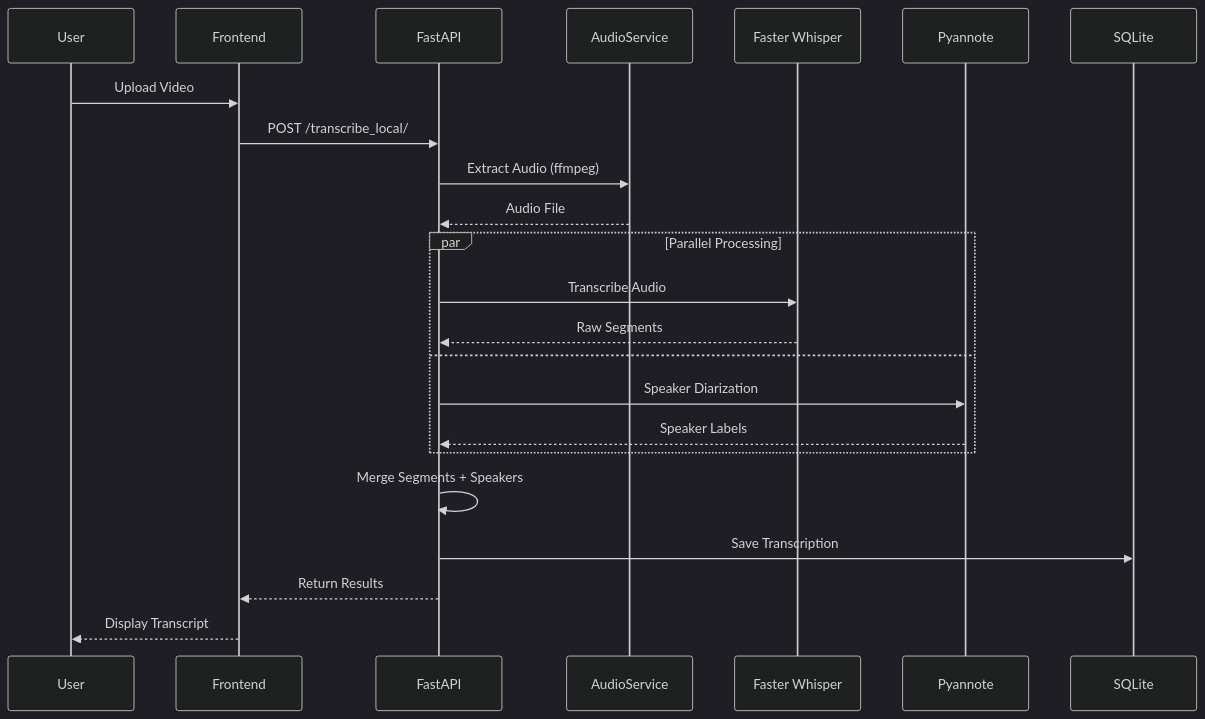
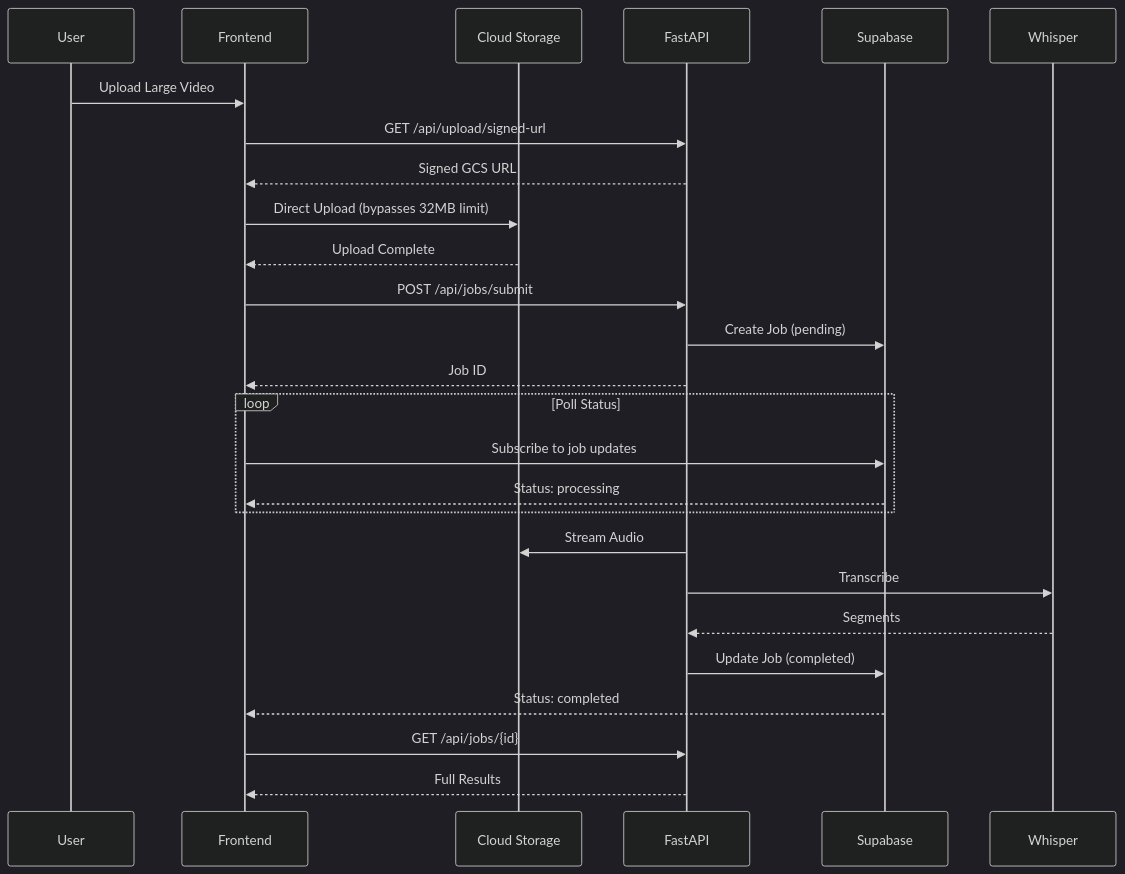
Before and after one commit to Ugur22/ai-subtitles: the second of 4 diagrams in README.md, drawn with Mermaid (dark theme). The commit also changed other lines of this file and 5 other files, not shown here.

````diff
--- a/README.md
+++ b/README.md
@@ -110,28 +159,33 @@
 ```mermaid
 sequenceDiagram
     participant U as User
     participant FE as Frontend
+    participant GCS as Cloud Storage
     participant API as FastAPI
-    participant AS as AudioService
-    participant WH as Faster Whisper
-    participant PY as Pyannote
-    participant DB as SQLite
+    participant SB as Supabase
+    participant WH as Whisper
 
-    U->>FE: Upload Video
-    FE->>API: POST /transcribe_local/
-    API->>AS: Extract Audio (ffmpeg)
-    AS-->>API: Audio File
+    U->>FE: Upload Large Video
+    FE->>API: GET /api/upload/signed-url
+    API-->>FE: Signed GCS URL
+    FE->>GCS: Direct Upload (bypasses 32MB limit)
+    GCS-->>FE: Upload Complete
 
-    par Parallel Processing
-        API->>WH: Transcribe Audio
-        WH-->>API: Raw Segments
-    and
-        API->>PY: Speaker Diarization
-        PY-->>API: Speaker Labels
+    FE->>API: POST /api/jobs/submit
+    API->>SB: Create Job (pending)
+    API-->>FE: Job ID
+
+    loop Poll Status
+        FE->>SB: Subscribe to job updates
+        SB-->>FE: Status: processing
     end
 
-    API->>API: Merge Segments + Speakers
-    API->>DB: Save Transcription
-    API-->>FE: Return Results
-    FE-->>U: Display Transcript
+    API->>GCS: Stream Audio
+    API->>WH: Transcribe
+    WH-->>API: Segments
+    API->>SB: Update Job (completed)
+    SB-->>FE: Status: completed
+
+    FE->>API: GET /api/jobs/{id}
+    API-->>FE: Full Results
 ```
````
